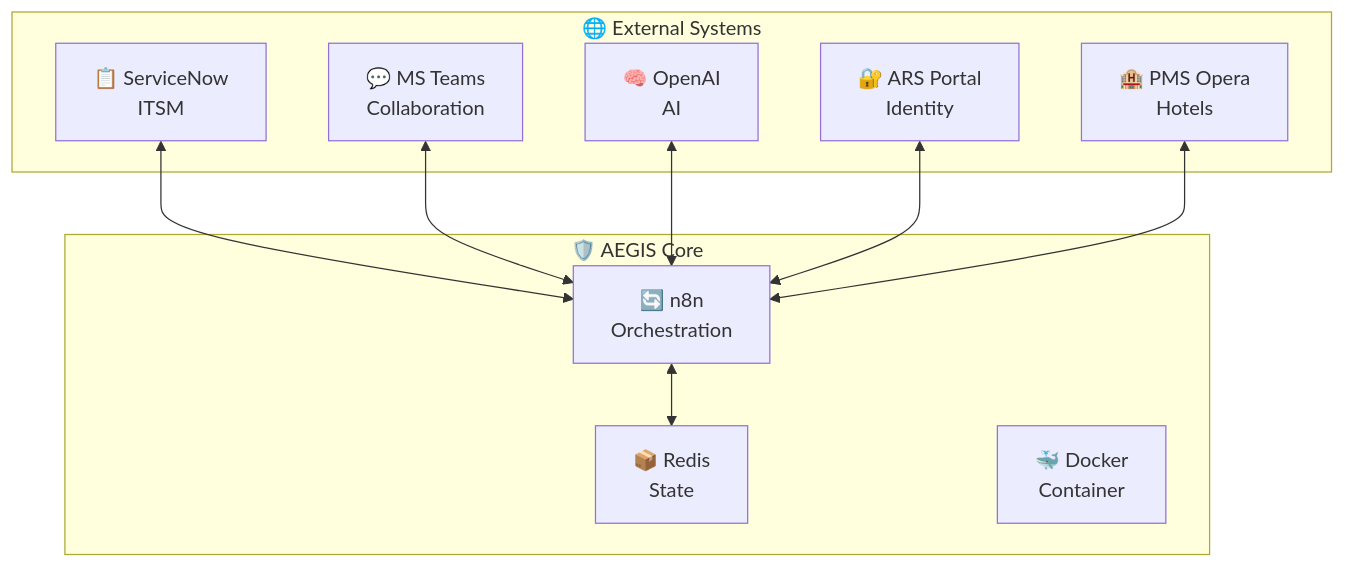
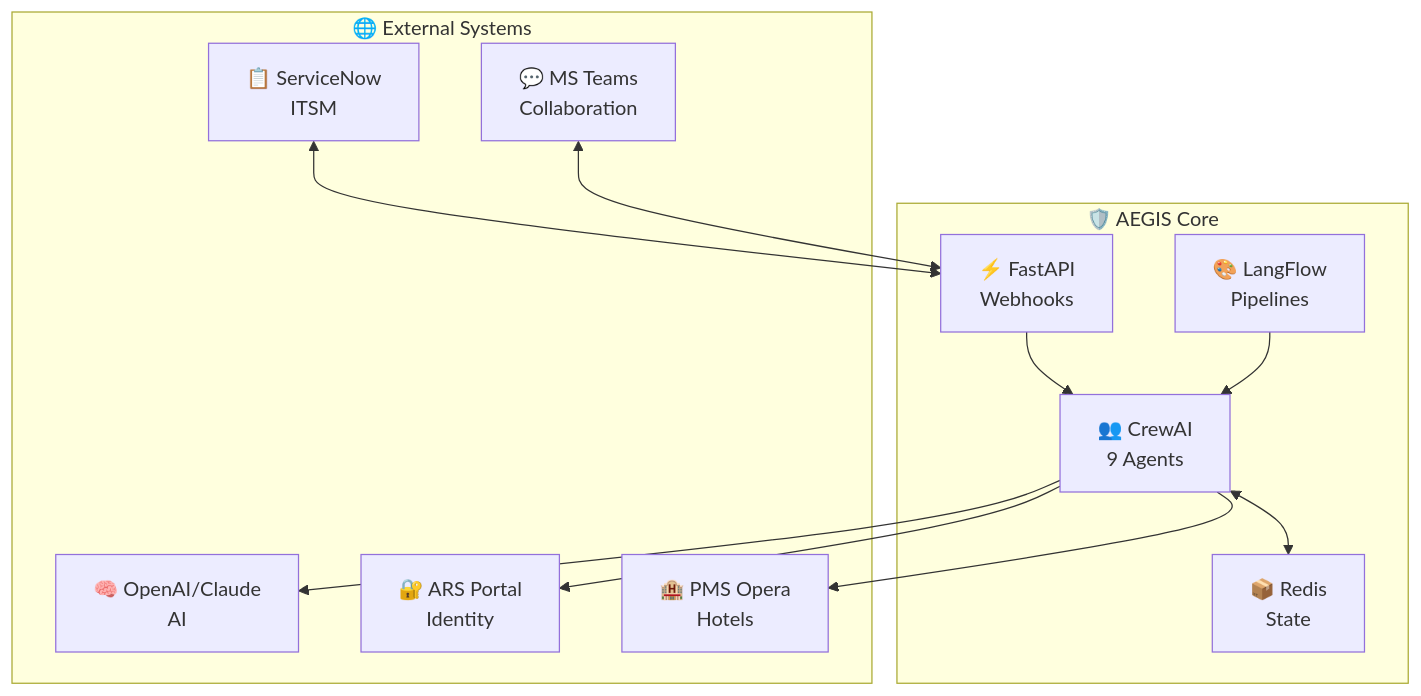
The first of 5 diagrams in docs/architecture.md (maniltns/AEGIS), drawn with Mermaid before and after one commit. The commit also changed other lines of this file and 14 other files, not shown here.

Commit message:
docs: Add comprehensive documentation for AEGIS architecture, demo, setup, and executive insights, and update contributing guidelines for the Python/CrewAI agent stack.

````diff
--- a/docs/architecture.md
+++ b/docs/architecture.md
@@ -9,23 +9,26 @@
 ```mermaid
 graph TB
     subgraph "🌐 External Systems"
         SNOW["📋 ServiceNow<br/>ITSM"]
         TEAMS["💬 MS Teams<br/>Collaboration"]
-        OPENAI["🧠 OpenAI<br/>AI"]
+        OPENAI["🧠 OpenAI/Claude<br/>AI"]
         ARS["🔐 ARS Portal<br/>Identity"]
         OPERA["🏨 PMS Opera<br/>Hotels"]
     end
 
     subgraph "🛡️ AEGIS Core"
-        N8N["🔄 n8n<br/>Orchestration"]
+        CREW["👥 CrewAI<br/>9 Agents"]
+        API["⚡ FastAPI<br/>Webhooks"]
+        LF["🎨 LangFlow<br/>Pipelines"]
         REDIS["📦 Redis<br/>State"]
-        DOCKER["🐳 Docker<br/>Container"]
     end
 
-    SNOW <--> N8N
-    TEAMS <--> N8N
-    OPENAI <--> N8N
-    ARS <--> N8N
-    OPERA <--> N8N
-    N8N <--> REDIS
+    SNOW <--> API
+    TEAMS <--> API
+    API --> CREW
+    CREW --> OPENAI
+    CREW --> ARS
+    CREW --> OPERA
+    CREW <--> REDIS
+    LF --> CREW
 ```
````
